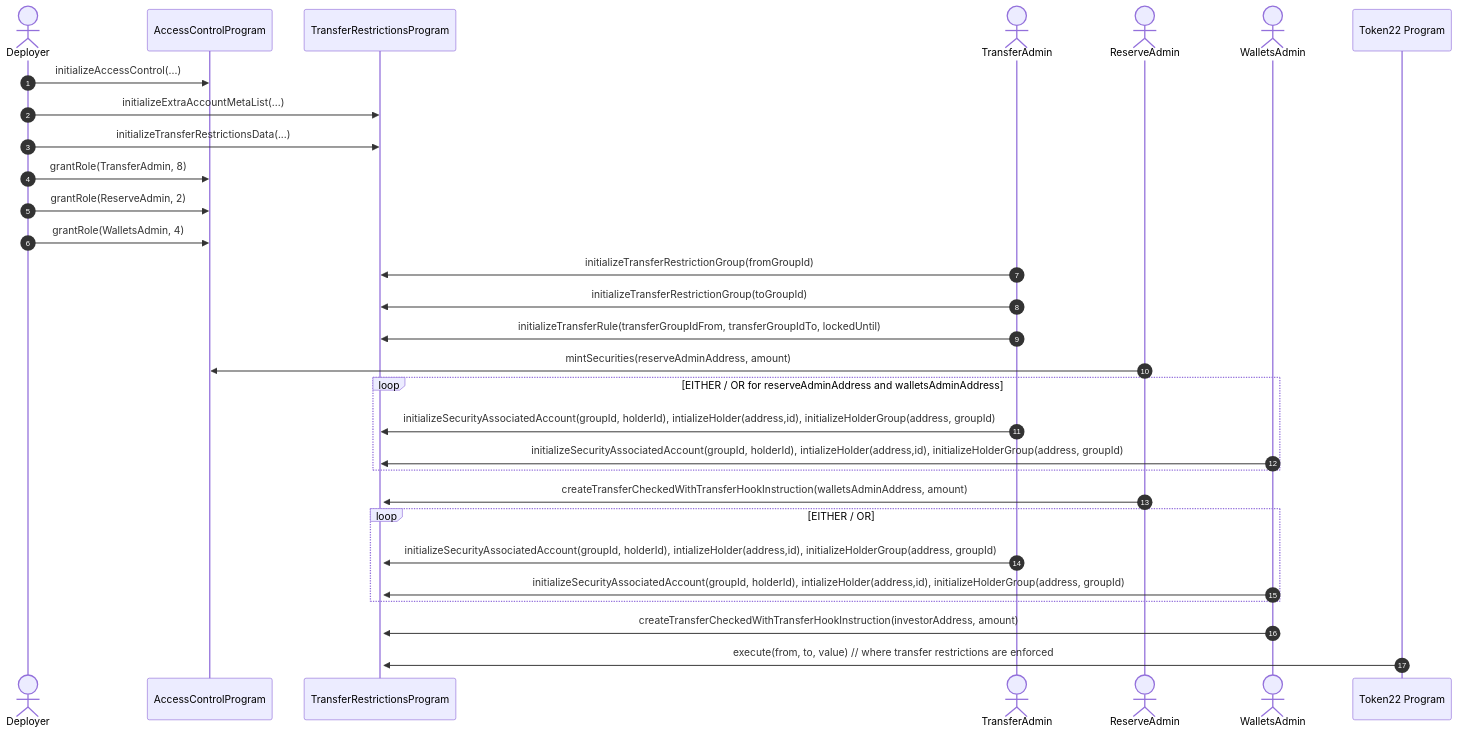
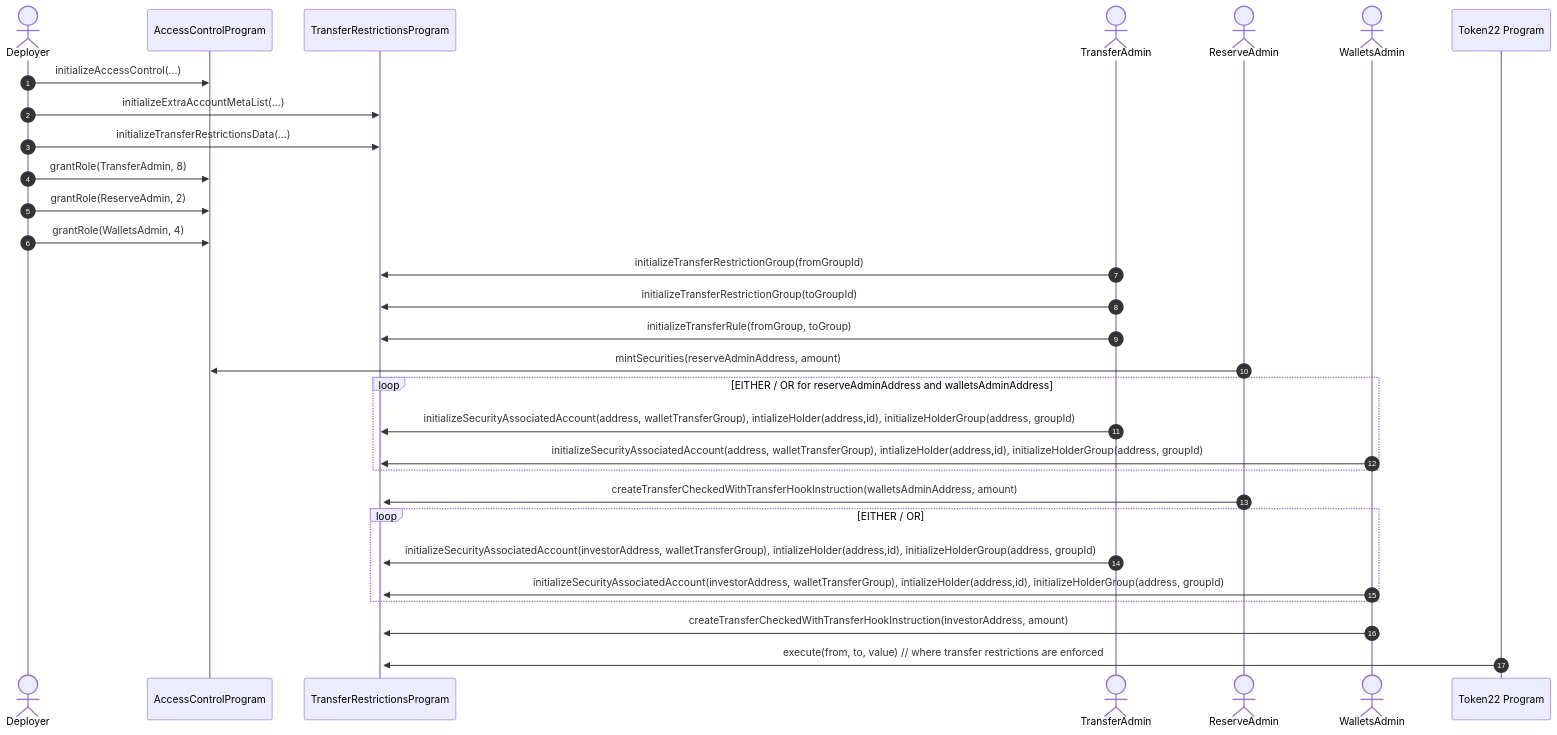
The third of 7 diagrams in README.md (upsideos/upsideos-solana-rwa), drawn with Mermaid before and after one commit. The commit also changed other lines of this file, not shown here.

````diff
--- a/README.md
+++ b/README.md
@@ -386,39 +386,39 @@
 ```mermaid
 sequenceDiagram
   autonumber
 	actor Deployer
    participant AccessControlProgram
    participant TransferRestrictionsProgram
 
    actor TransferAdmin
    actor ReserveAdmin
    actor WalletsAdmin
 
   Deployer ->> AccessControlProgram: initializeAccessControl(...)
   Deployer ->> TransferRestrictionsProgram: initializeExtraAccountMetaList(...)
   Deployer ->> TransferRestrictionsProgram: initializeTransferRestrictionsData(...)
 
   Deployer ->> AccessControlProgram: grantRole(TransferAdmin, 8)
   Deployer ->> AccessControlProgram: grantRole(ReserveAdmin, 2)
   Deployer ->> AccessControlProgram: grantRole(WalletsAdmin, 4)
 
   TransferAdmin ->> TransferRestrictionsProgram: initializeTransferRestrictionGroup(fromGroupId)
   TransferAdmin ->> TransferRestrictionsProgram: initializeTransferRestrictionGroup(toGroupId)
-  TransferAdmin ->> TransferRestrictionsProgram: initializeTransferRule(transferGroupIdFrom, transferGroupIdTo, lockedUntil)
+  TransferAdmin ->> TransferRestrictionsProgram: initializeTransferRule(fromGroup, toGroup)
 
   ReserveAdmin ->> AccessControlProgram: mintSecurities(reserveAdminAddress, amount)
 
   loop EITHER / OR for reserveAdminAddress and walletsAdminAddress
-      TransferAdmin ->> TransferRestrictionsProgram: initializeSecurityAssociatedAccount(groupId, holderId), intializeHolder(address,id), initializeHolderGroup(address, groupId)
-      WalletsAdmin ->> TransferRestrictionsProgram: initializeSecurityAssociatedAccount(groupId, holderId), intializeHolder(address,id), initializeHolderGroup(address, groupId)
+      TransferAdmin ->> TransferRestrictionsProgram: initializeSecurityAssociatedAccount(address, walletTransferGroup), intializeHolder(address,id), initializeHolderGroup(address, groupId)
+      WalletsAdmin ->> TransferRestrictionsProgram: initializeSecurityAssociatedAccount(address, walletTransferGroup), intializeHolder(address,id), initializeHolderGroup(address, groupId)
   end
 
   ReserveAdmin ->>+ TransferRestrictionsProgram: createTransferCheckedWithTransferHookInstruction(walletsAdminAddress, amount)
   loop EITHER / OR
-      TransferAdmin ->> TransferRestrictionsProgram: initializeSecurityAssociatedAccount(groupId, holderId), intializeHolder(address,id), initializeHolderGroup(address, groupId)
-      WalletsAdmin ->> TransferRestrictionsProgram: initializeSecurityAssociatedAccount(groupId, holderId), intializeHolder(address,id), initializeHolderGroup(address, groupId)
+      TransferAdmin ->> TransferRestrictionsProgram: initializeSecurityAssociatedAccount(investorAddress, walletTransferGroup), intializeHolder(address,id), initializeHolderGroup(address, groupId)
+      WalletsAdmin ->> TransferRestrictionsProgram: initializeSecurityAssociatedAccount(investorAddress, walletTransferGroup), intializeHolder(address,id), initializeHolderGroup(address, groupId)
   end
 
   WalletsAdmin ->> TransferRestrictionsProgram: createTransferCheckedWithTransferHookInstruction(investorAddress, amount)
   Token22 Program ->> TransferRestrictionsProgram: execute(from, to, value) // where transfer restrictions are enforced
 ```
````
